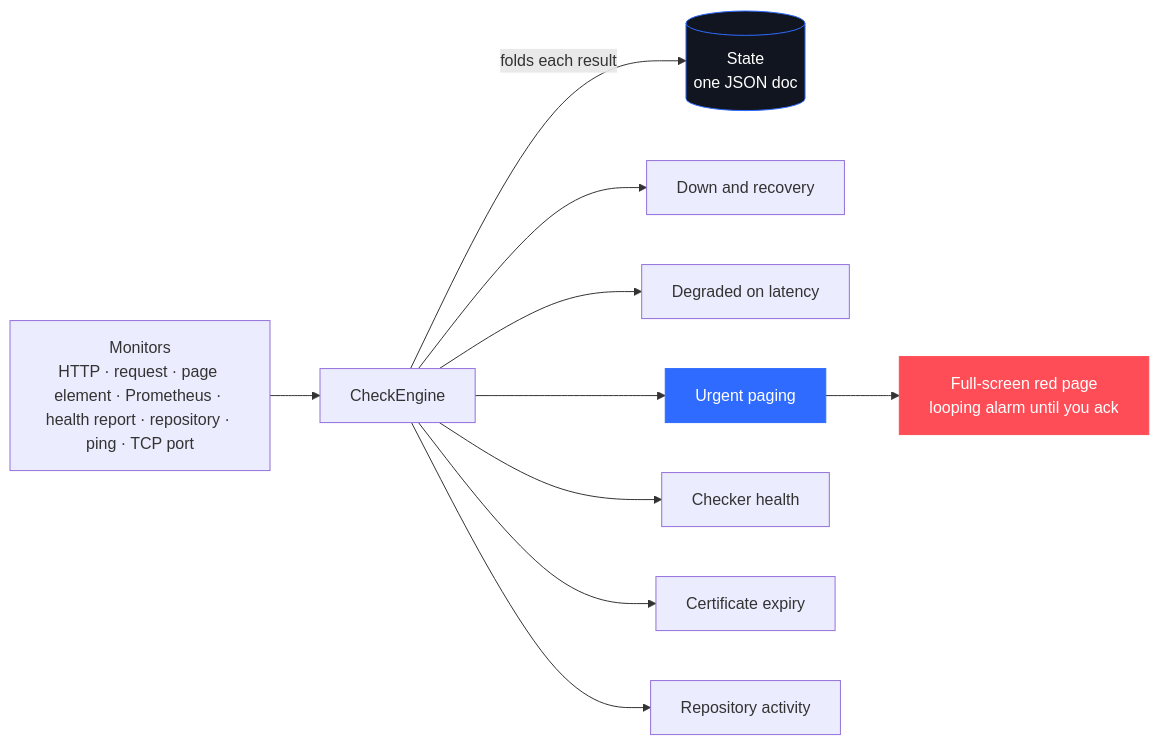
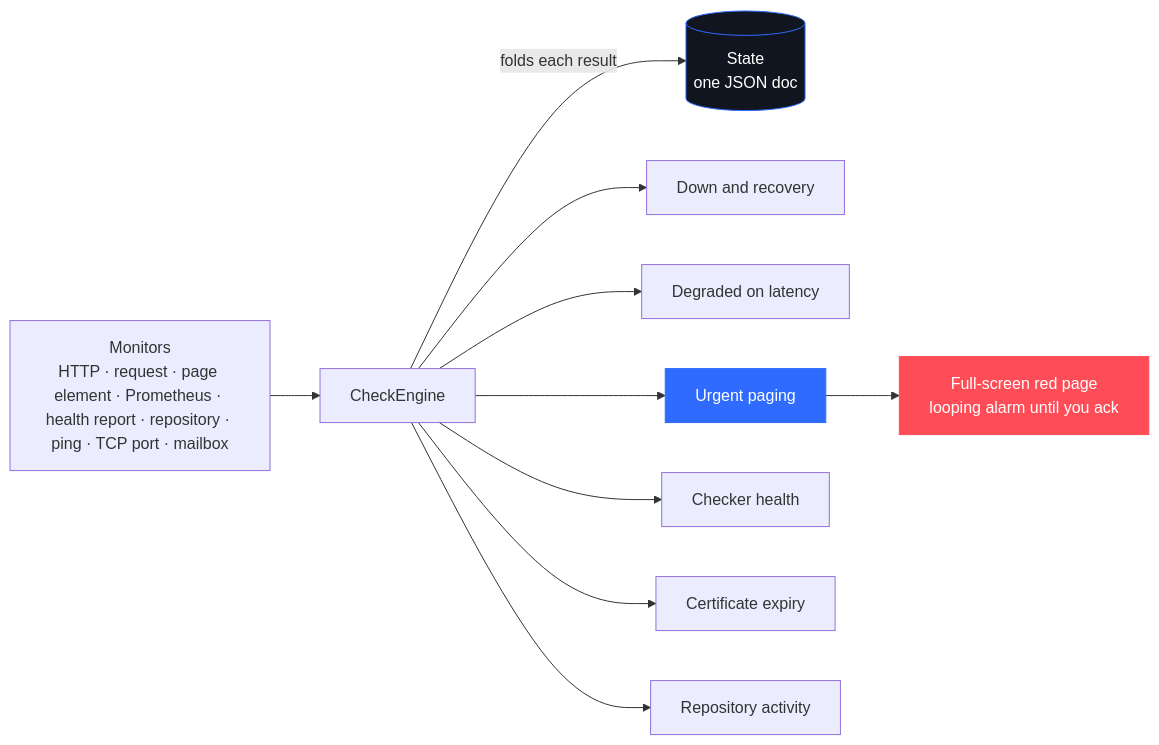
The diagram in README.md (riveerxd/nightbell), drawn with Mermaid before and after one commit. The commit also changed other lines of this file and 33 other files, not shown here.

Commit message:
monitors: mailbox checks over IMAP

````diff
--- a/README.md
+++ b/README.md
@@ -245,15 +246,15 @@
 ```mermaid
 flowchart LR
-    M["Monitors<br/>HTTP · request · page element · Prometheus · health report · repository · ping · TCP port"] --> E["CheckEngine"]
+    M["Monitors<br/>HTTP · request · page element · Prometheus · health report · repository · ping · TCP port · mailbox"] --> E["CheckEngine"]
     E -->|folds each result| DB[("State<br/>one JSON doc")]
     E --> A1["Down and recovery"]
     E --> A2["Degraded on latency"]
     E --> A3["Urgent paging"]
     E --> A4["Checker health"]
     E --> A5["Certificate expiry"]
     E --> A6["Repository activity"]
     A3 --> PG["Full-screen red page<br/>looping alarm until you ack"]
     style A3 fill:#2F6BFF,stroke:#2F6BFF,color:#ffffff
     style PG fill:#FF4D57,stroke:#FF4D57,color:#ffffff
     style DB fill:#11151f,stroke:#2F6BFF,color:#ffffff
 ```
````
